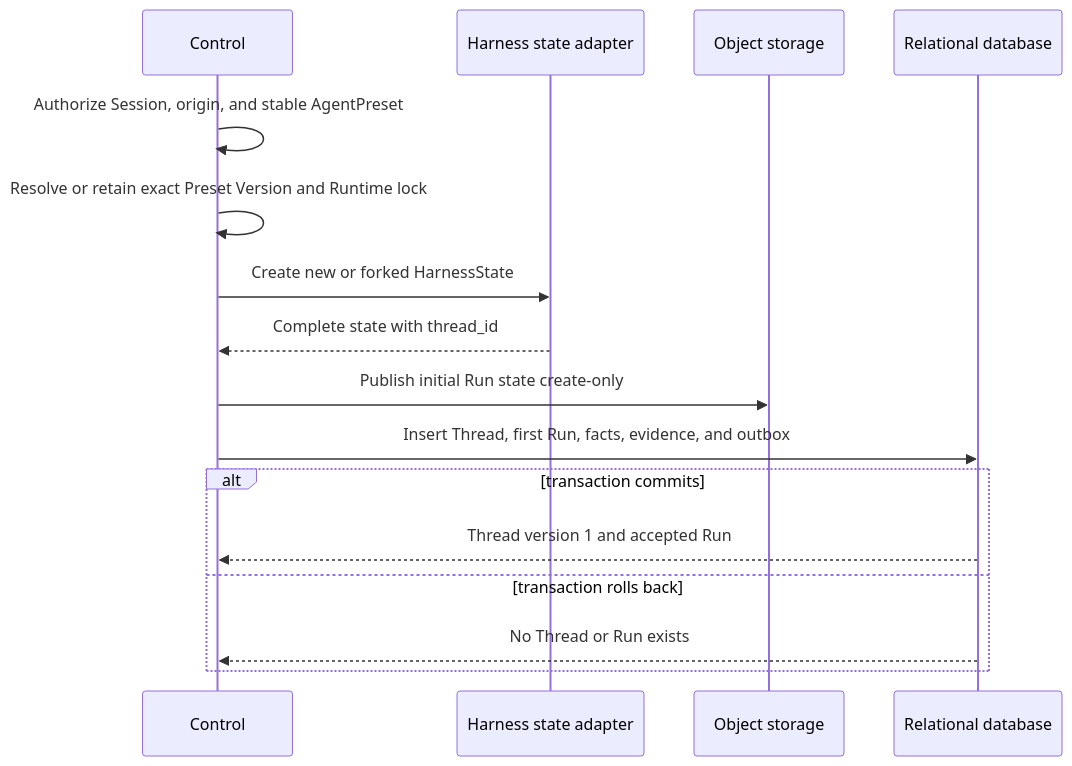
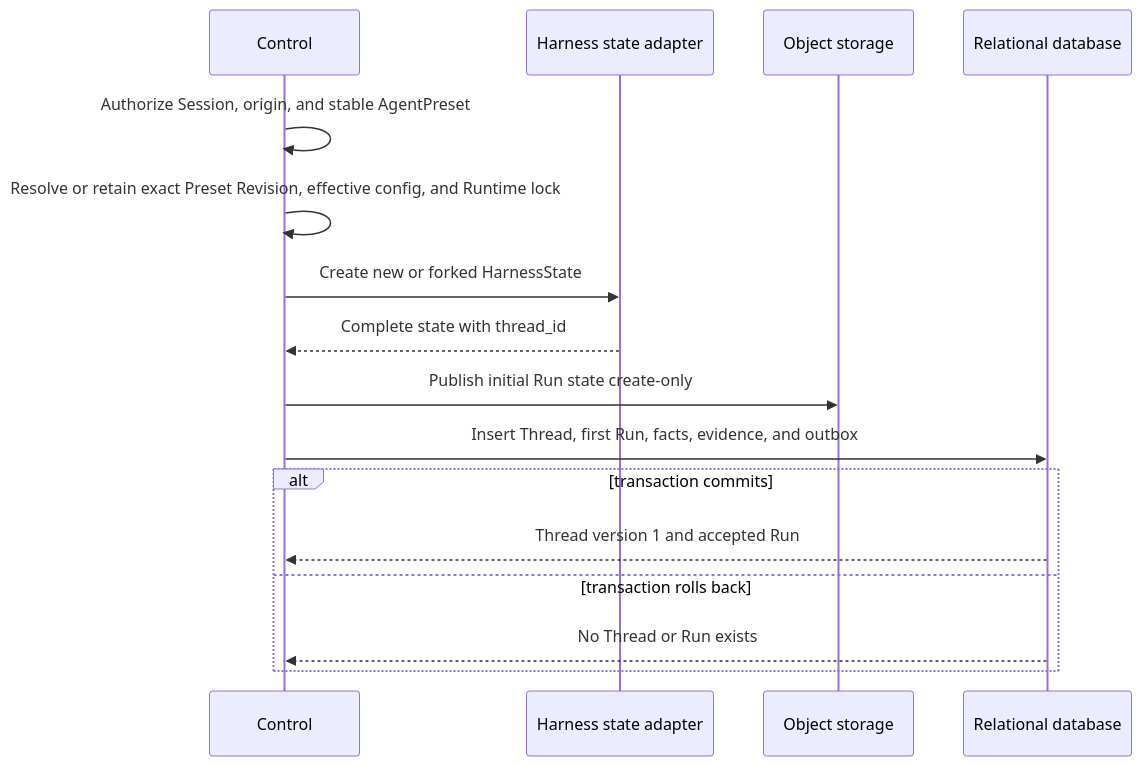
Before and after one commit to LTThreeComma/agent-foundation: the diagram in spec/foundation-service/24-thread-persistence.md, drawn with Mermaid. The commit also changed 30 other files, not shown here.

````diff
--- a/spec/foundation-service/24-thread-persistence.md
+++ b/spec/foundation-service/24-thread-persistence.md
@@ -137,19 +137,19 @@
 ```mermaid
 sequenceDiagram
     participant Control
     participant Harness as Harness state adapter
     participant Objects as Object storage
     participant DB as Relational database
 
     Control->>Control: Authorize Session, origin, and stable AgentPreset
-    Control->>Control: Resolve or retain exact Preset Version and Runtime lock
+    Control->>Control: Resolve or retain exact Preset Revision, effective config, and Runtime lock
     Control->>Harness: Create new or forked HarnessState
     Harness-->>Control: Complete state with thread_id
     Control->>Objects: Publish initial Run state create-only
     Control->>DB: Insert Thread, first Run, facts, evidence, and outbox
     alt transaction commits
         DB-->>Control: Thread version 1 and accepted Run
     else transaction rolls back
         DB-->>Control: No Thread or Run exists
     end
 ```
````
